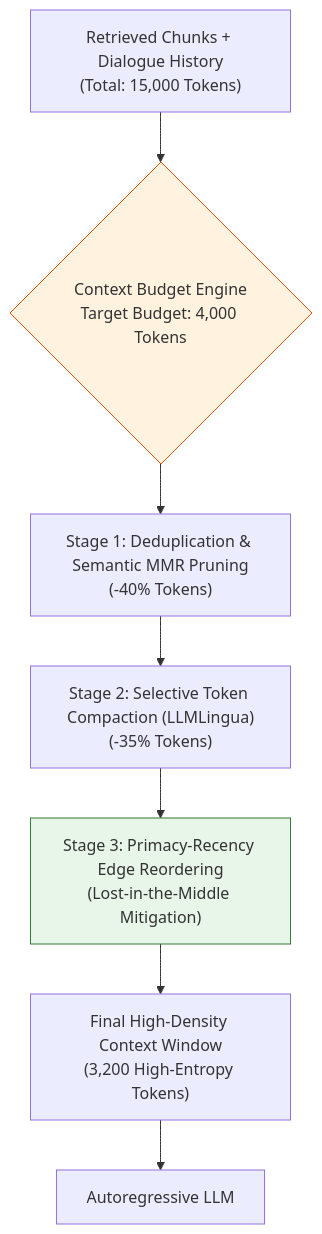
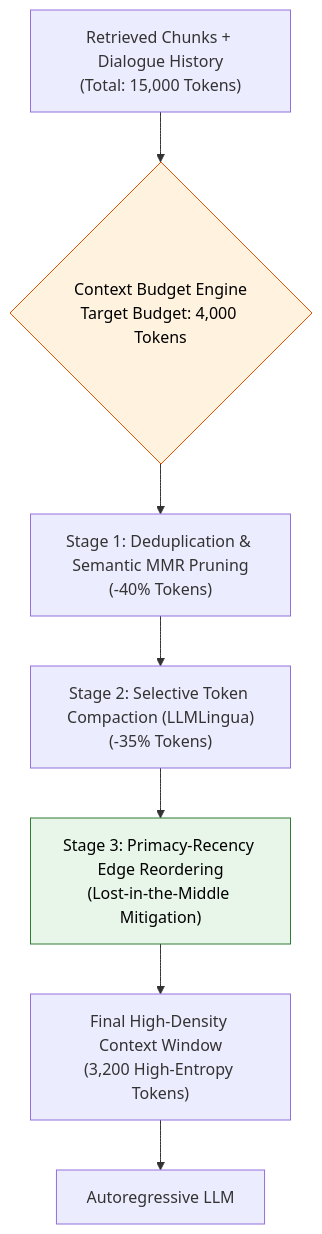
The first of 4 diagrams in 05-RAG-Pipeline/Context-Management.md (swapnil3104/RAG-Engineering), drawn with Mermaid before and after one commit. The commit also changed 108 other files, not shown here.

Commit message:
fix: make chart text visible across all Mermaid diagrams and resolve markdown table formatting issues

````diff
--- a/05-RAG-Pipeline/Context-Management.md
+++ b/05-RAG-Pipeline/Context-Management.md
@@ -28,15 +28,15 @@
 ```mermaid
 flowchart TD
     RawCandidates["Retrieved Chunks + Dialogue History<br/>(Total: 15,000 Tokens)"] --> TokenBudget{"Context Budget Engine<br/>Target Budget: 4,000 Tokens"}
     
     TokenBudget --> Step1["Stage 1: Deduplication & Semantic MMR Pruning<br/>(-40% Tokens)"]
     Step1 --> Step2["Stage 2: Selective Token Compaction (LLMLingua)<br/>(-35% Tokens)"]
     Step2 --> Step3["Stage 3: Primacy-Recency Edge Reordering<br/>(Lost-in-the-Middle Mitigation)"]
     
     Step3 --> OptimizedContext["Final High-Density Context Window<br/>(3,200 High-Entropy Tokens)"]
     
     OptimizedContext --> LLM["Autoregressive LLM"]
 
-    style TokenBudget fill:#fff3e0,stroke:#e65100,stroke-width:1px
-    style Step3 fill:#e8f5e9,stroke:#2e7d32,stroke-width:1px
+    style TokenBudget fill:#fff3e0,stroke:#e65100,stroke-width:1px,color:#000000
+    style Step3 fill:#e8f5e9,stroke:#2e7d32,stroke-width:1px,color:#000000
 ```
````
